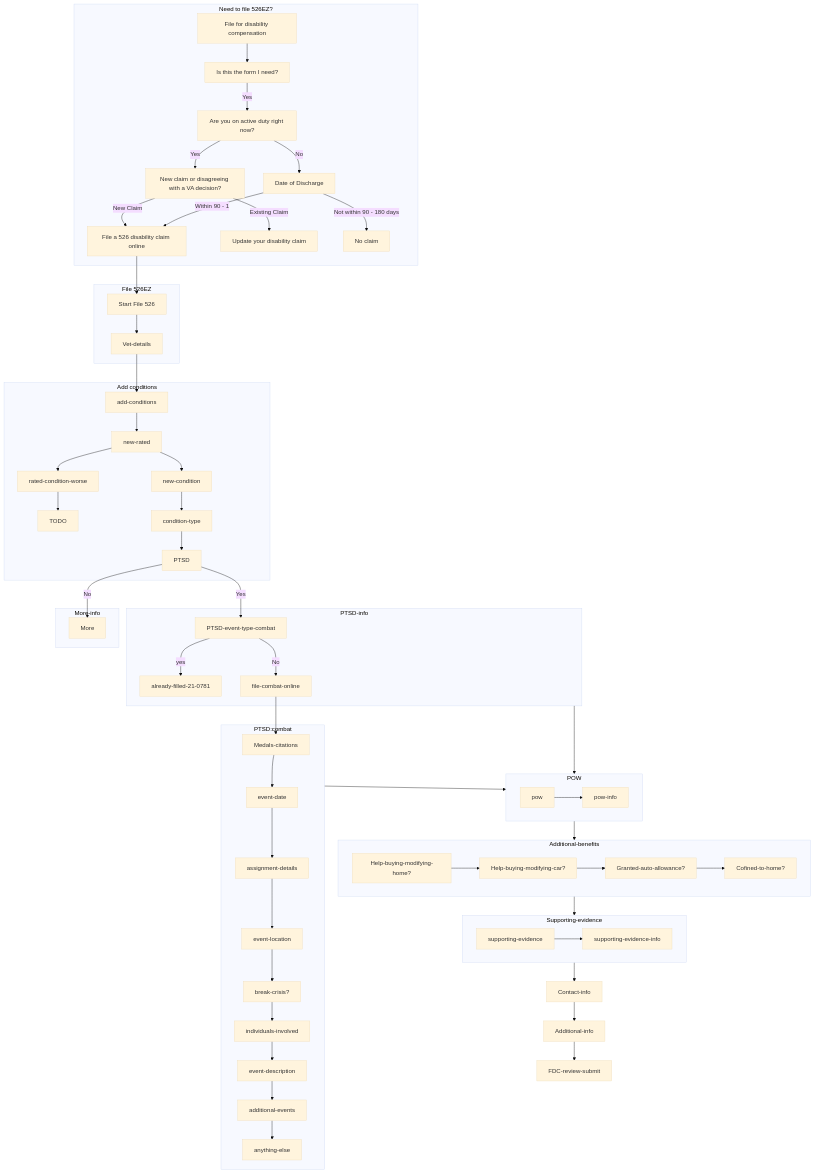
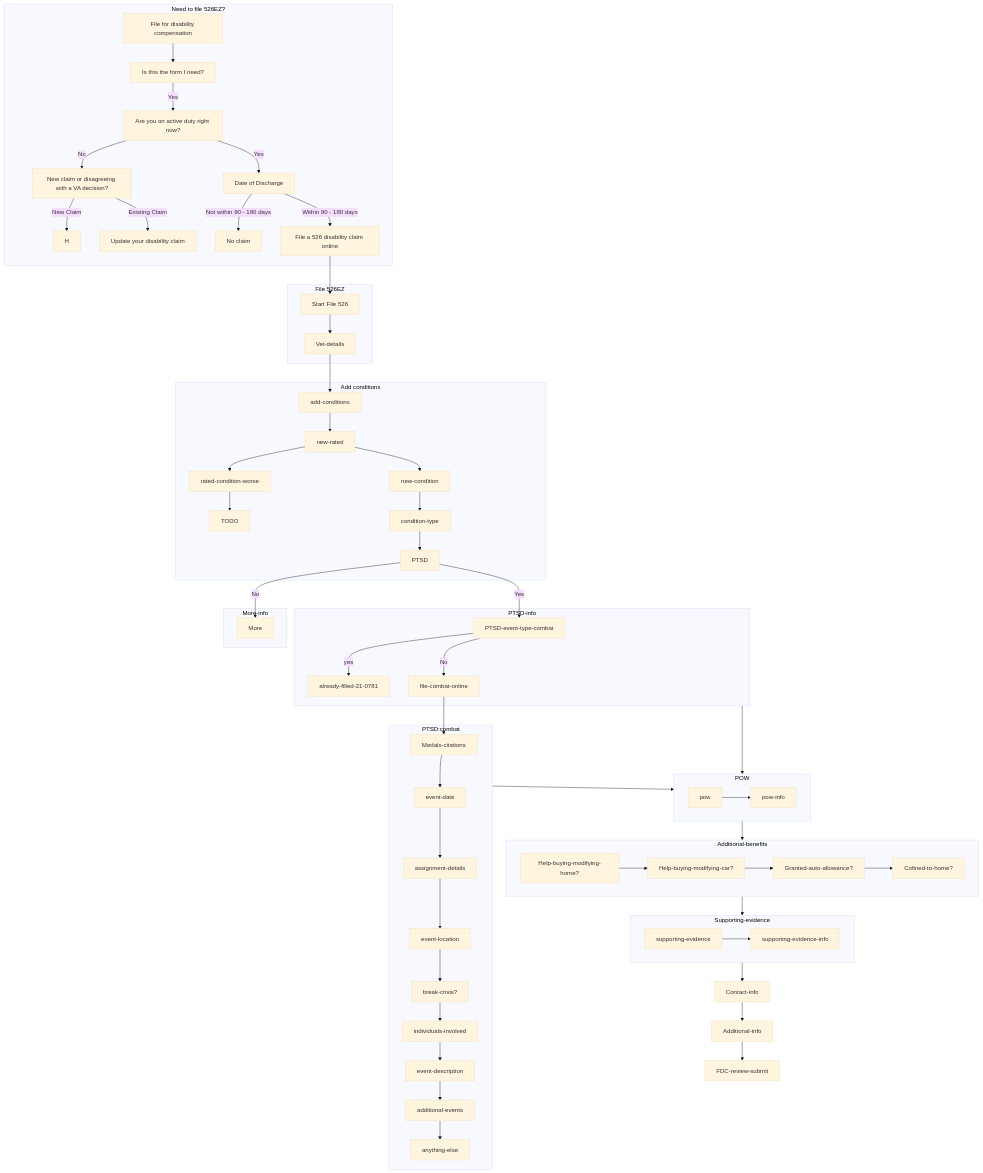
Before and after one commit to department-of-veterans-affairs/va.gov-team: the diagram in products/disability/526ez/form-flowchart.md, drawn with Mermaid (base theme). The commit also changed other lines of this file, not shown here.

Commit message:
Initial version

````diff
--- a/products/disability/526ez/form-flowchart.md
+++ b/products/disability/526ez/form-flowchart.md
@@ -2,62 +5,62 @@
 ```mermaid
 
 flowchart TD
     subgraph Need to file 526EZ?
-    A[File for disability compensation] --> B(Is this the form I need?)
-    B[Is this the form I need?] --> | Yes | C[Are you on active duty right now?]
-    C --> |Yes| E
-    C --> |No| F
-    E[New claim or disagreeing with a VA decision?] --> |New Claim| H
-    E[New claim or disagreeing with a VA decision?] --> |Existing Claim| G
-    G[Update your disability claim] 
-    F[Date of Discharge 90 - 180 days] --> |Not within 90 - 180 days| L
-    F[Date of Discharge] --> |Within 90 - 1| H
-    L[No claim]
+    Start[File for disability compensation] --> needed-form(Is this the form I need?)
+    needed-form[Is this the form I need?] --> | Yes | active-duty[Are you on active duty right now?]
+    active-duty --> |Yes| active-duty-yes
+    active-duty --> |No| new-claim
+    new-claim[New claim or disagreeing with a VA decision?] --> |New Claim| H
+    new-claim[New claim or disagreeing with a VA decision?] --> |Existing Claim| existing-claim
+    existing-claim[Update your disability claim] 
+    active-duty-yes[Date of Discharge 90 - 180 days] --> |Not within 90 - 180 days| no-claim
+    active-duty-yes[Date of Discharge] --> |Within 90 - 180 days| file-526
+    no-claim[No claim]
     end
     subgraph File 526EZ
-    H[File a 526 disability claim online] --> File-526-start
+    file-526[File a 526 disability claim online] --> File-526-start
     File-526-start[Start File 526 ] --> Vet-details
     end
     subgraph Add conditions
     Vet-details --> add-conditions
     add-conditions --> new-rated
     new-rated -->  new-condition
     new-rated -->  rated-condition-worse
     rated-condition-worse --> TODO
     new-condition --> condition-type
     condition-type --> PTSD
     end
       direction LR
     subgraph PTSD-info
         PTSD --> |Yes| PTSD-event-type-combat
         PTSD-event-type-combat --> |yes| already-filled-21-0781
         PTSD-event-type-combat --> |No| file-combat-online
     end
     subgraph PTSD:combat
         file-combat-online --> Medals-citations --> event-date --> assignment-details
          --> event-location --> break-crisis? --> individuals-involved --> event-description
          --> additional-events --> anything-else 
     end
     subgraph More-info
         PTSD --> |No| More
     end
     subgraph POW
         pow --> pow-info
     end
     subgraph Additional-benefits
         Help-buying-modifying-home? --> Help-buying-modifying-car?
         Help-buying-modifying-car? --> Granted-auto-allowance?
         Granted-auto-allowance? --> Cofined-to-home?
         Cofined-to-home?
     end
     subgraph Supporting-evidence
         supporting-evidence --> supporting-evidence-info
     end
      Additional-benefits --> Supporting-evidence
     PTSD-info --> POW
     PTSD:combat --> POW
     POW --> Additional-benefits
     Supporting-evidence --> Contact-info
     Contact-info --> Additional-info
     Additional-info --> FDC-review-submit
 ```
````
